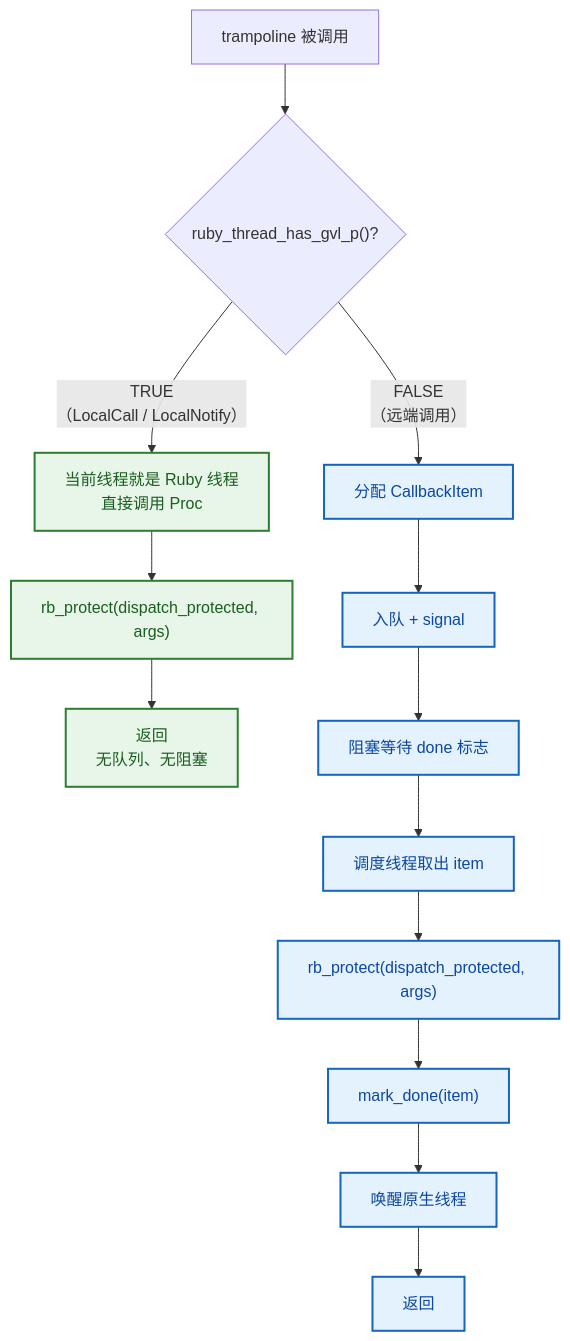
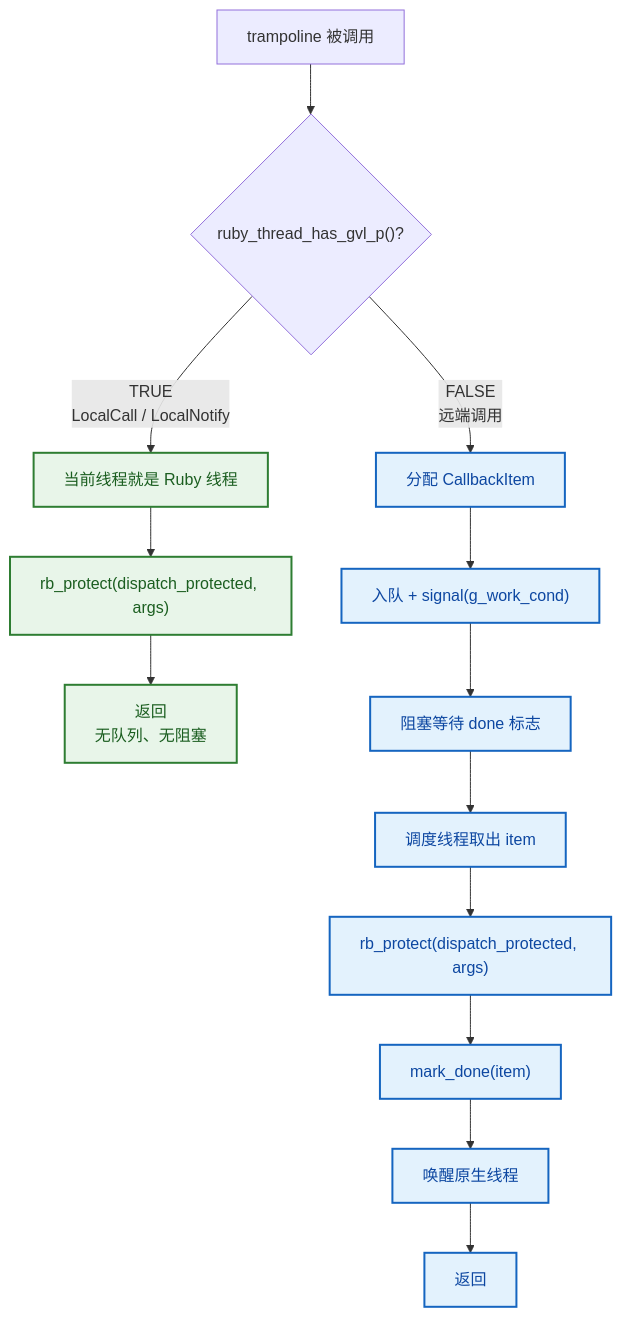
One commit to PassByYou888/LingoFuse changed the fourth of 23 diagrams in ruby/README.md. Above: the diagram before and after it, drawn with Mermaid. The commit also changed other lines of this file, not shown here.

````diff
--- a/ruby/README.md
+++ b/ruby/README.md
@@ -167,23 +128,24 @@
 ```mermaid
 flowchart TD
-    Enter["trampoline 被调用"] --> Check{"ruby_thread_has_gvl_p()?"}
+    Start["trampoline 被调用"] --> Check{"ruby_thread_has_gvl_p()?"}
 
-    Check -- "TRUE<br/>（LocalCall / LocalNotify）" --> InPlace["当前线程就是 Ruby 线程<br/>直接调用 Proc"]
+    Check -->|"TRUE<br/>LocalCall / LocalNotify"| InPlace["当前线程就是 Ruby 线程"]
+    Check -->|"FALSE<br/>远端调用"| Enqueue["分配 CallbackItem"]
+
     InPlace --> P1["rb_protect(dispatch_protected, args)"]
     P1 --> Done1["返回<br/>无队列、无阻塞"]
 
-    Check -- "FALSE<br/>（远端调用）" --> Enqueue["分配 CallbackItem"]
-    Enqueue --> Q1["入队 + signal"]
+    Enqueue --> Q1["入队 + signal(g_work_cond)"]
     Q1 --> Wait["阻塞等待 done 标志"]
     Wait --> Disp["调度线程取出 item"]
     Disp --> P2["rb_protect(dispatch_protected, args)"]
     P2 --> Mark["mark_done(item)"]
     Mark --> Wake["唤醒原生线程"]
     Wake --> Done2["返回"]
 
     classDef gvlHeld fill:#E8F5E9,stroke:#2E7D32,stroke-width:2px,color:#1B5E20
     classDef gvlFree fill:#E3F2FD,stroke:#1565C0,stroke-width:2px,color:#0D47A1
 
     class InPlace,P1,Done1 gvlHeld
     class Enqueue,Q1,Wait,Disp,P2,Mark,Wake,Done2 gvlFree
 ```
````
